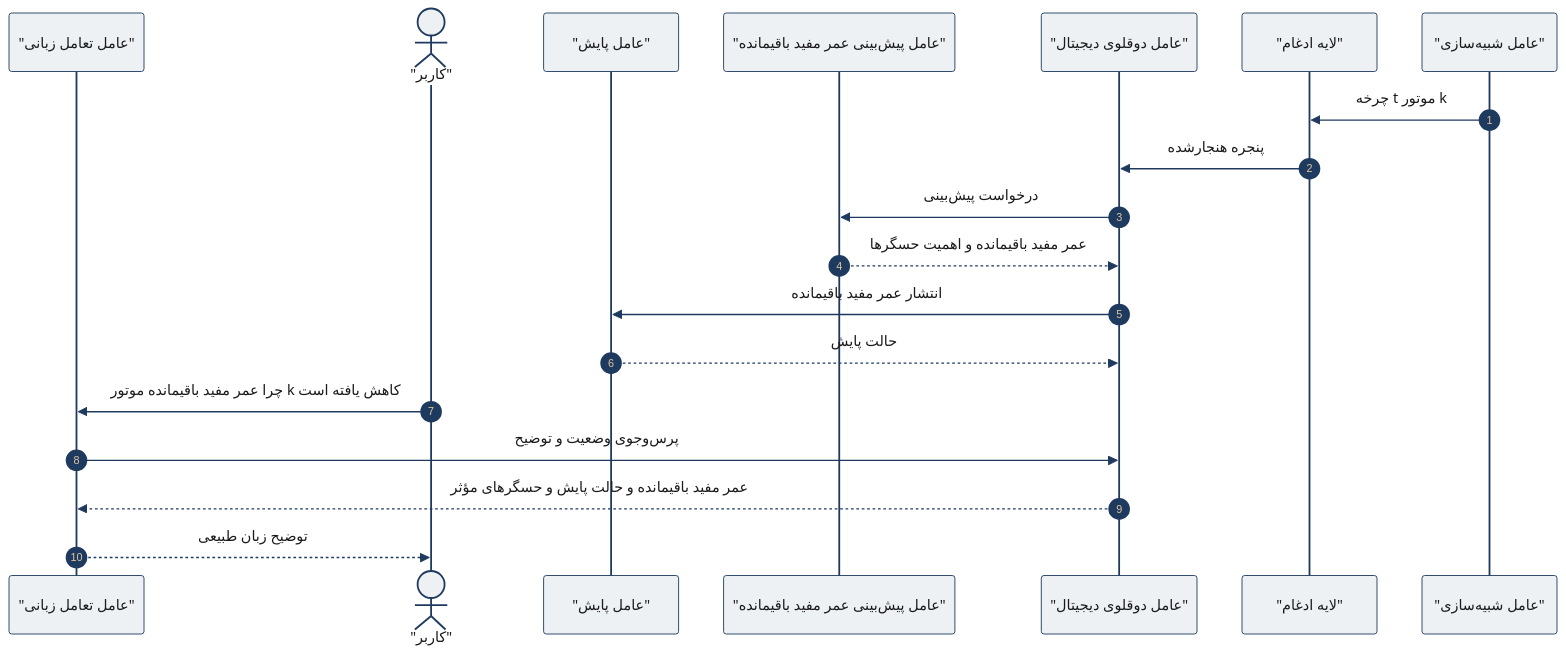
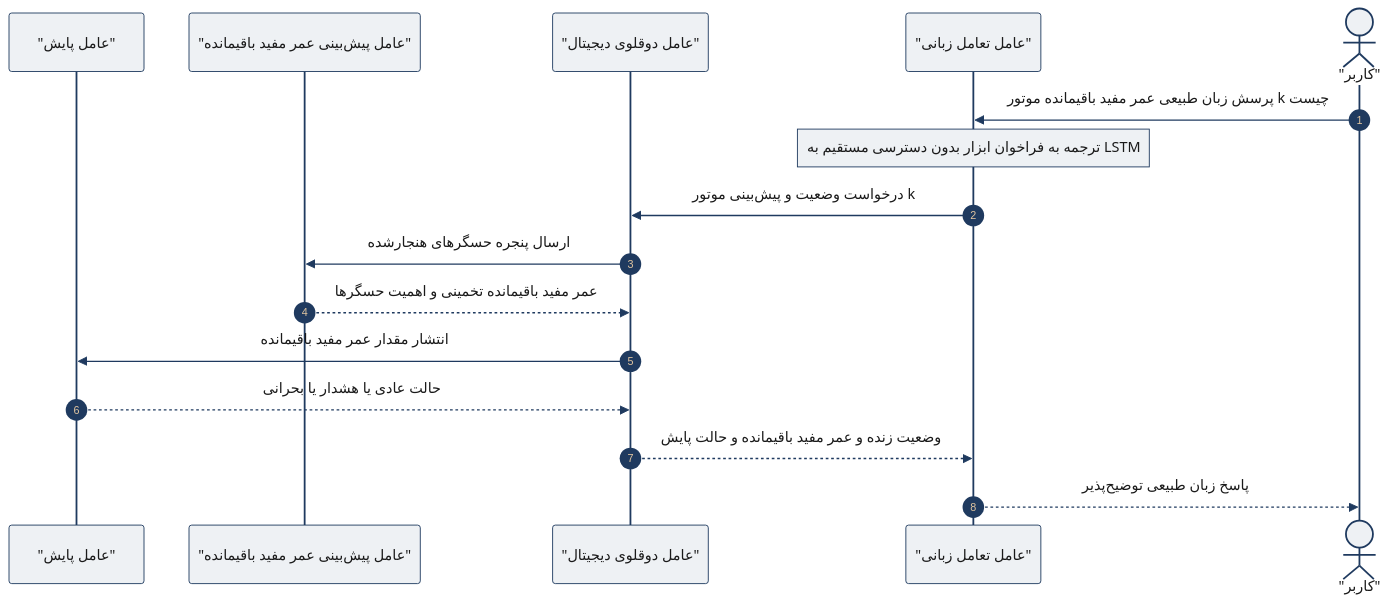
One commit to navidnasyry/MasterAsCode changed the second of 2 diagrams in Writing/Theses/IUT_Theses/images/arch_sequence.md. Above: the diagram before and after it, drawn with Mermaid. The commit also changed other lines of this file and 31 other files, not shown here.

````diff
--- a/Writing/Theses/IUT_Theses/images/arch_sequence.md
+++ b/Writing/Theses/IUT_Theses/images/arch_sequence.md
@@ -83,39 +61,36 @@
 ```mermaid
----
-config:
-  theme: base
-  themeVariables:
-    primaryColor: "#eef1f4"
-    primaryTextColor: "#1a1a1a"
-    primaryBorderColor: "#1f3a5f"
-    lineColor: "#1f3a5f"
-    actorBkg: "#eef1f4"
-    actorBorder: "#1f3a5f"
-    actorTextColor: "#1a1a1a"
-    signalColor: "#1f3a5f"
-    signalTextColor: "#1a1a1a"
-    noteBkgColor: "#eef1f4"
-    noteBorderColor: "#1f3a5f"
-    noteTextColor: "#1a1a1a"
----
+%%{init: {
+  "theme": "base",
+  "themeVariables": {
+    "primaryColor": "#eef1f4",
+    "primaryTextColor": "#1a1a1a",
+    "primaryBorderColor": "#1f3a5f",
+    "lineColor": "#1f3a5f",
+    "actorBkg": "#eef1f4",
+    "actorBorder": "#1f3a5f",
+    "actorTextColor": "#1a1a1a",
+    "signalColor": "#1f3a5f",
+    "signalTextColor": "#1a1a1a",
+    "noteBkgColor": "#eef1f4",
+    "noteBorderColor": "#1f3a5f",
+    "noteTextColor": "#1a1a1a"
+  }
+}}%%
 sequenceDiagram
     autonumber
-    participant L as "عامل تعامل زبانی"
-    actor U as "کاربر"
     participant M as "عامل پایش"
     participant P as "عامل پیش‌بینی عمر مفید باقیمانده"
     participant D as "عامل دوقلوی دیجیتال"
-    participant I as "لایه ادغام"
-    participant S as "عامل شبیه‌سازی"
+    participant L as "عامل تعامل زبانی"
+    actor U as "کاربر"
 
-    S->>I: چرخه t موتور k
-    I->>D: پنجره هنجارشده
-    D->>P: درخواست پیش‌بینی
-    P-->>D: عمر مفید باقیمانده و اهمیت حسگرها
-    D->>M: انتشار عمر مفید باقیمانده
-    M-->>D: حالت پایش
-    U->>L: چرا عمر مفید باقیمانده موتور k کاهش یافته است
-    L->>D: پرس‌وجوی وضعیت و توضیح
-    D-->>L: عمر مفید باقیمانده و حالت پایش و حسگرهای مؤثر
-    L-->>U: توضیح زبان طبیعی
+    U->>L: پرسش زبان طبیعی عمر مفید باقیمانده موتور k چیست
+    Note over L: ترجمه به فراخوان ابزار بدون دسترسی مستقیم به LSTM
+    L->>D: درخواست وضعیت و پیش‌بینی موتور k
+    D->>P: ارسال پنجره حسگرهای هنجارشده
+    P-->>D: عمر مفید باقیمانده تخمینی و اهمیت حسگرها
+    D->>M: انتشار مقدار عمر مفید باقیمانده
+    M-->>D: حالت عادی یا هشدار یا بحرانی
+    D-->>L: وضعیت زنده و عمر مفید باقیمانده و حالت پایش
+    L-->>U: پاسخ زبان طبیعی توضیح‌پذیر
 ```
````
